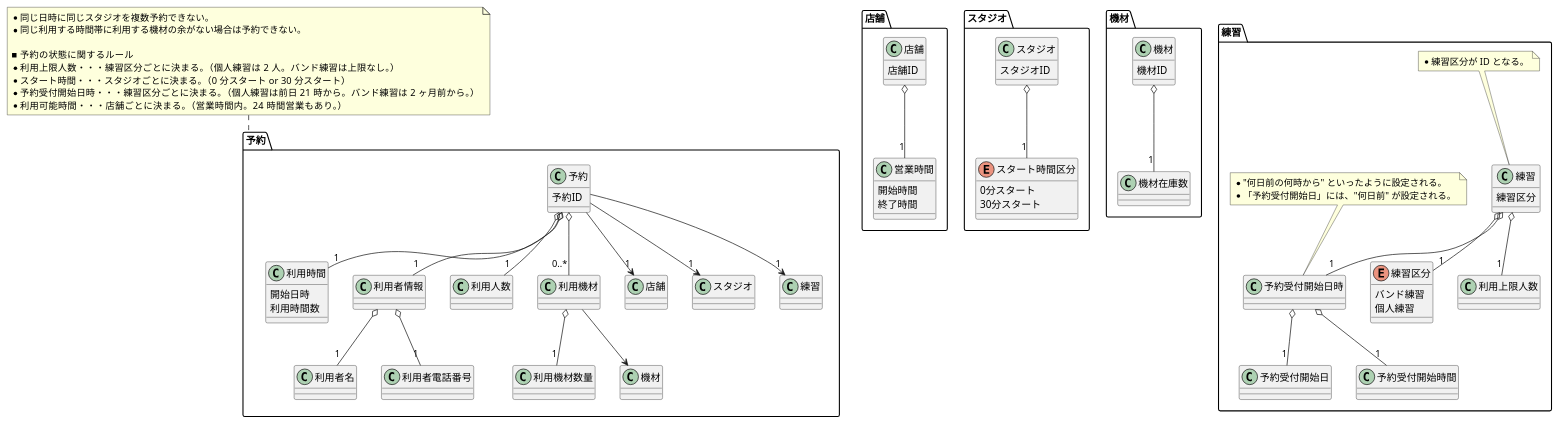
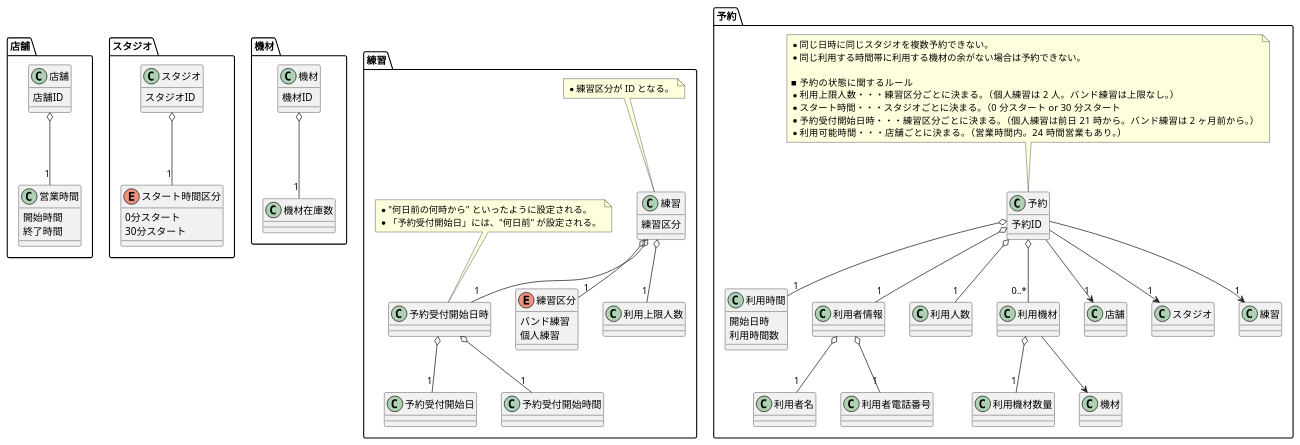
The diagram in modeling/07_DomainModel_予約.pu (TakashiOnawa/ddd-practice-studio-reservation), drawn with PlantUML before and after one commit. The commit also changed 2 other files, not shown here.

Commit message:
各種モデル図を更新。

```diff
--- a/modeling/07_DomainModel_予約.pu
+++ b/modeling/07_DomainModel_予約.pu
@@ -1,114 +1,114 @@
 @startuml DomainModel
 
 package 店舗 {
     class 店舗 {
         店舗ID
     }
 
     class 営業時間 {
         開始時間
         終了時間
     }
 
     店舗 o-- "1" 営業時間
 }
 
 package スタジオ {
     class スタジオ {
         スタジオID
     }
 
     enum スタート時間区分 {
         0分スタート
         30分スタート
     }
 
     スタジオ o-- "1" スタート時間区分
 }
 
 package 機材 {
     class 機材 {
         機材ID
     }
 
     class 機材在庫数
 
     機材 o-- "1" 機材在庫数
 }
 
 package 練習 {
     class 練習 {
         練習区分
     }
 
     enum 練習区分 {
         バンド練習
         個人練習
     }
 
     class 利用上限人数
 
     class 予約受付開始日時
     class 予約受付開始日
     class 予約受付開始時間
     予約受付開始日時 o-- "1" 予約受付開始日
     予約受付開始日時 o-- "1" 予約受付開始時間
     
     練習 o-- "1" 練習区分
     練習 o-- "1" 利用上限人数
     練習 o-- "1" 予約受付開始日時
 
     note top of 練習
     * 練習区分が ID となる。
     end note
 
     note top of 予約受付開始日時
     * "何日前の何時から" といったように設定される。
     * 「予約受付開始日」には、"何日前" が設定される。 
     end note
 }
 
 package 予約 {
     class 予約 {
         予約ID
     }
 
     class 利用時間 {
         開始日時
         利用時間数
     }
 
     class 利用者情報
     class 利用者名
     class 利用者電話番号
     利用者情報 o-- "1" 利用者名
     利用者情報 o-- "1" 利用者電話番号
 
     class 利用人数
 
     class 利用機材
     class 利用機材数量
     利用機材 --> 機材
     利用機材 o-- "1" 利用機材数量
 
     予約 --> "1" 店舗
     予約 --> "1" スタジオ
     予約 o-- "1" 利用時間
     予約 o-- "1" 利用者情報
     予約 o-- "1" 利用人数
     予約 --> "1" 練習
     予約 o-- "0..*" 利用機材
+
+    note top of 予約
+    * 同じ日時に同じスタジオを複数予約できない。
+    * 同じ利用する時間帯に利用する機材の余がない場合は予約できない。
+    
+    ■ 予約の状態に関するルール
+    * 利用上限人数・・・練習区分ごとに決まる。（個人練習は 2 人。バンド練習は上限なし。）
+    * スタート時間・・・スタジオごとに決まる。（0 分スタート or 30 分スタート
+    * 予約受付開始日時・・・練習区分ごとに決まる。（個人練習は前日 21 時から。バンド練習は 2 ヶ月前から。）
+    * 利用可能時間・・・店舗ごとに決まる。（営業時間内。24 時間営業もあり。）
+    end note
 }
 
-note top of 予約
-* 同じ日時に同じスタジオを複数予約できない。
-* 同じ利用する時間帯に利用する機材の余がない場合は予約できない。
-
-■ 予約の状態に関するルール
-* 利用上限人数・・・練習区分ごとに決まる。（個人練習は 2 人。バンド練習は上限なし。）
-* スタート時間・・・スタジオごとに決まる。（0 分スタート or 30 分スタート）
-* 予約受付開始日時・・・練習区分ごとに決まる。（個人練習は前日 21 時から。バンド練習は 2 ヶ月前から。）
-* 利用可能時間・・・店舗ごとに決まる。（営業時間内。24 時間営業もあり。）
-end note
-
 @enduml
```
